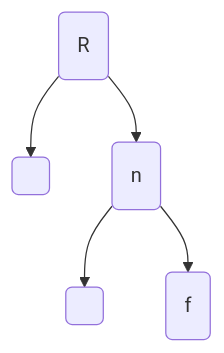
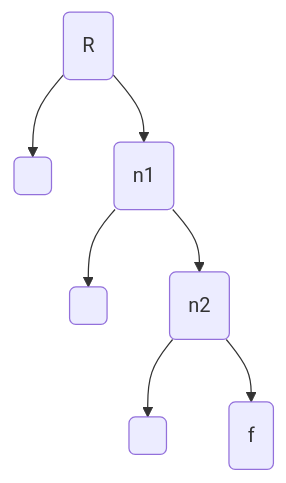
One commit to reta-lernejo/reta-lernejo.github.io changed the second of 12 diagrams in _programado/ekviarboj.md. Above: the diagram before and after it, drawn with Mermaid. The commit also changed other lines of this file, not shown here.

```diff
--- a/_programado/ekviarboj.md
+++ b/_programado/ekviarboj.md
@@ -81,5 +81,6 @@
 <div class="mermaid">
   graph TD;
-    r(R) --> n1( ) & n2(n);
-	n2 --> n3( ) & n4(f);
+    r(R) --> n1( ) & n2(n1);
+	  n2 --> n3( ) & n4(n2);
+	  n4 --> n5( ) & n6(f);
 </div>
```
